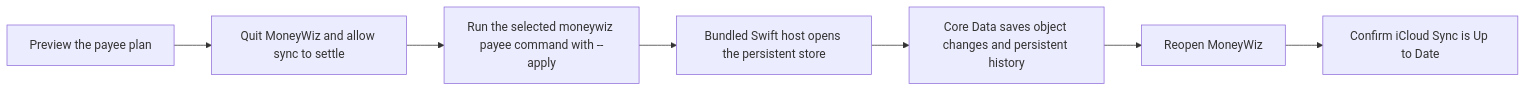
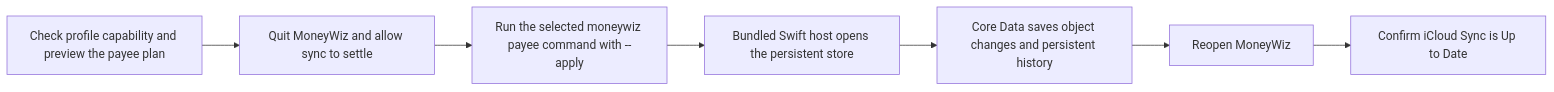
The diagram in doc/CORE-DATA-WRITER.md (marcomc/moneywiz-tools), drawn with Mermaid before and after one commit. The commit also changed other lines of this file and 31 other files, not shown here.

First line of the commit message:
Refactor MoneyWiz Tools integration and update schema compatibility

````diff
--- a/doc/CORE-DATA-WRITER.md
+++ b/doc/CORE-DATA-WRITER.md
@@ -25,11 +25,11 @@
 ```mermaid
 flowchart LR
     accTitle: Live payee write protocol
-    accDescr: Preview a reassignment or exact duplicate merge, stop MoneyWiz, use the bundled Core Data host to save, then reopen MoneyWiz and confirm iCloud sync completes.
-    A["Preview the payee plan"] --> B["Quit MoneyWiz and allow sync to settle"]
+    accDescr: Verify the profile capability, preview the plan, stop MoneyWiz, use the bundled Core Data host to save, then reopen MoneyWiz and confirm iCloud sync completes.
+    A["Check profile capability and preview the payee plan"] --> B["Quit MoneyWiz and allow sync to settle"]
     B --> C["Run the selected moneywiz payee command with --apply"]
     C --> D["Bundled Swift host opens the persistent store"]
     D --> E["Core Data saves object changes and persistent history"]
     E --> F["Reopen MoneyWiz"]
     F --> G["Confirm iCloud Sync is Up to Date"]
 ```
````
